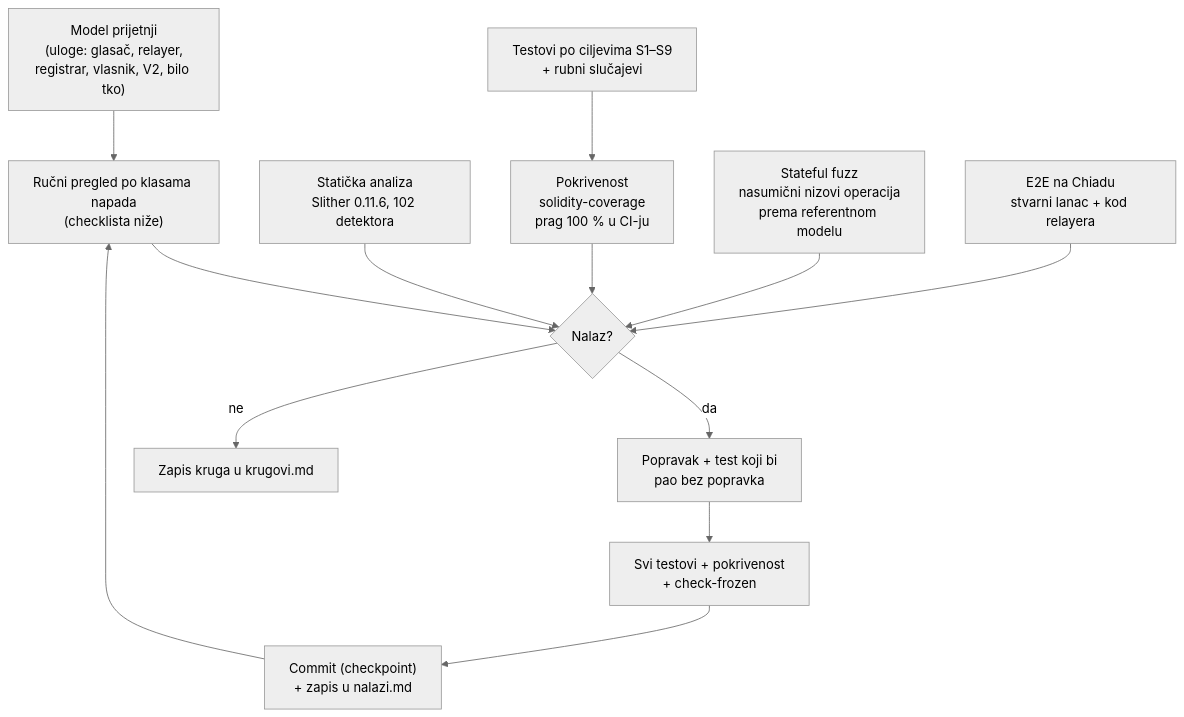
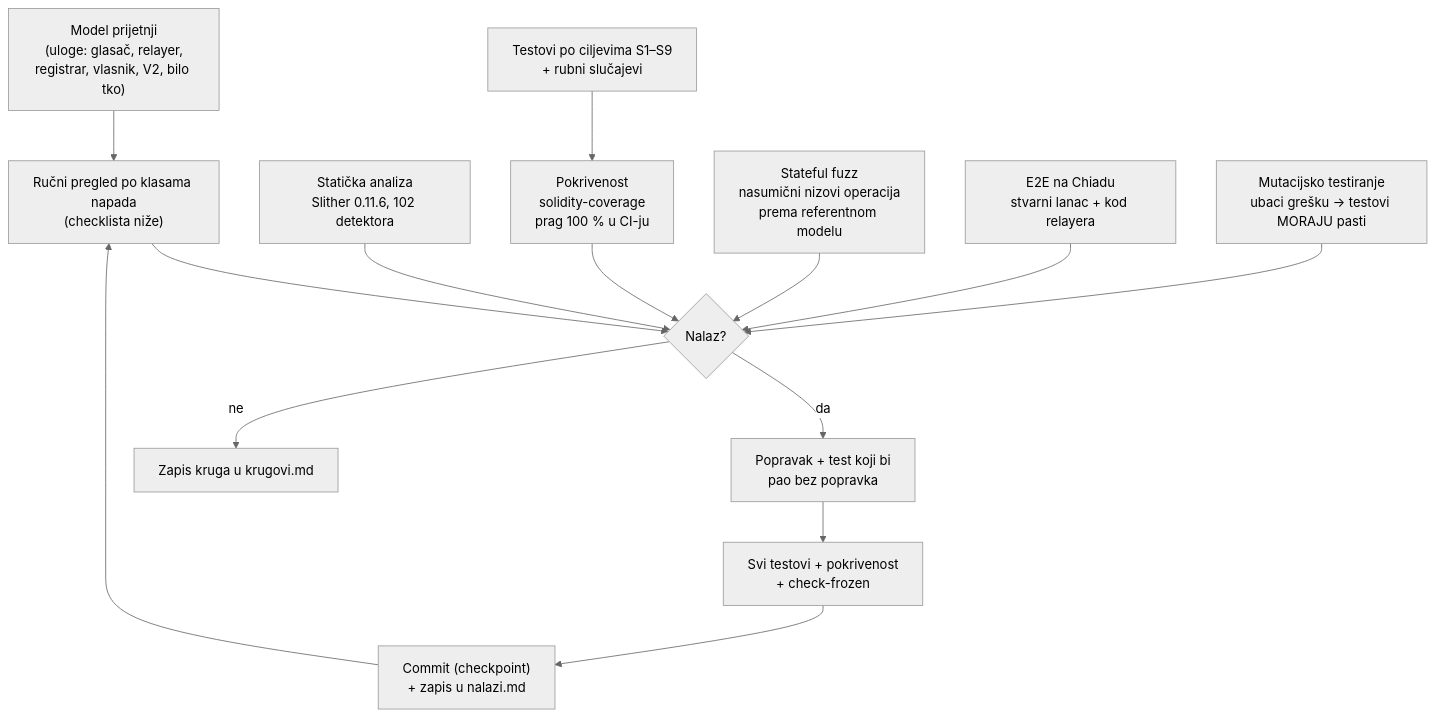
The diagram in docs/blockchain/audit/README.md (stepanic/stadion-maksimir-natjecaj-2026), drawn with Mermaid (neutral theme) before and after one commit. The commit also changed other lines of this file and 6 other files, not shown here.

First line of the commit message:
audit(glasanje): krug 3 — stateful fuzz prema modelu i mutacijsko testiranje

````diff
--- a/docs/blockchain/audit/README.md
+++ b/docs/blockchain/audit/README.md
@@ -29,16 +29,17 @@
 ```mermaid
 flowchart TD
   A["Model prijetnji<br/>(uloge: glasač, relayer,<br/>registrar, vlasnik, V2, bilo tko)"] --> B
   B["Ručni pregled po klasama napada<br/>(checklista niže)"] --> F
   C["Statička analiza<br/>Slither 0.11.6, 102 detektora"] --> F
   D["Testovi po ciljevima S1–S9<br/>+ rubni slučajevi"] --> E
   E["Pokrivenost<br/>solidity-coverage<br/>prag 100 % u CI-ju"] --> F
   G["Stateful fuzz<br/>nasumični nizovi operacija<br/>prema referentnom modelu"] --> F
   H["E2E na Chiadu<br/>stvarni lanac + kod relayera"] --> F
+  MU["Mutacijsko testiranje<br/>ubaci grešku → testovi MORAJU pasti"] --> F
   F{"Nalaz?"}
   F -- da --> P["Popravak + test koji bi<br/>pao bez popravka"]
   P --> R["Svi testovi + pokrivenost<br/>+ check-frozen"]
   R --> K["Commit (checkpoint)<br/>+ zapis u nalazi.md"]
   K --> B
   F -- ne --> K2["Zapis kruga u krugovi.md"]
 ```
````
